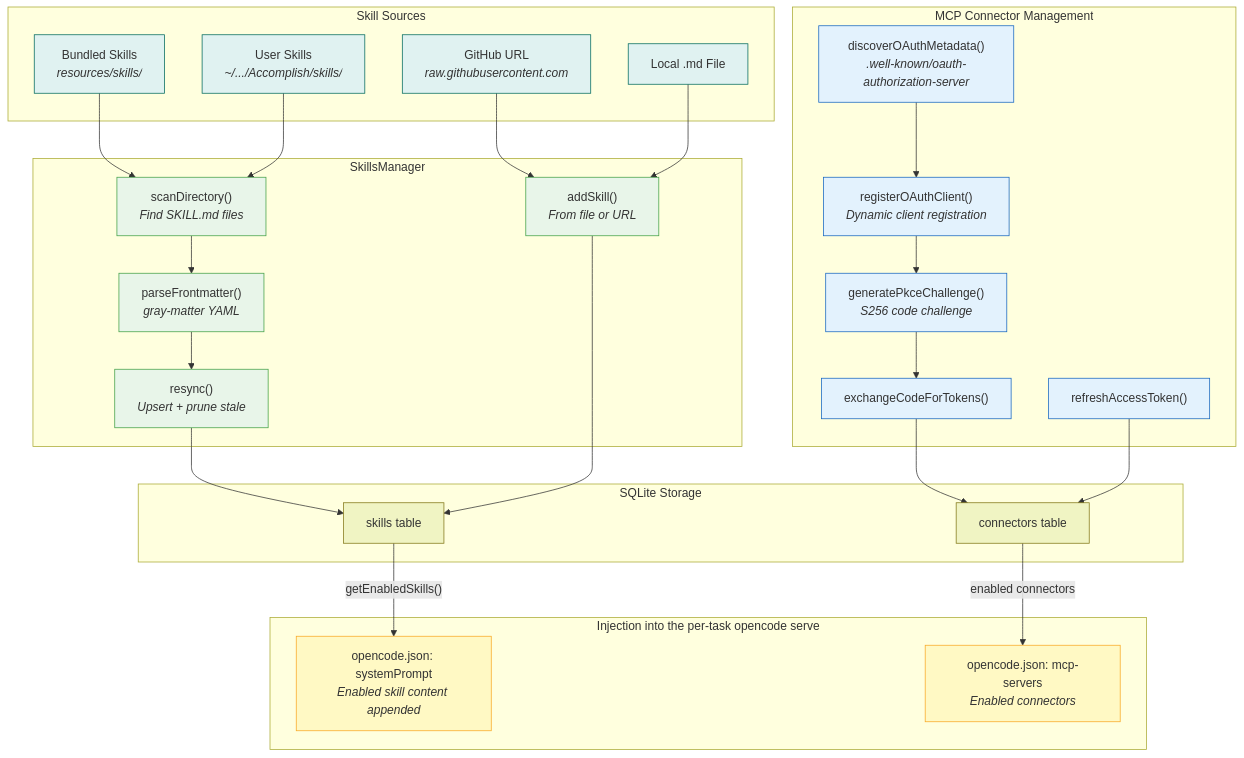
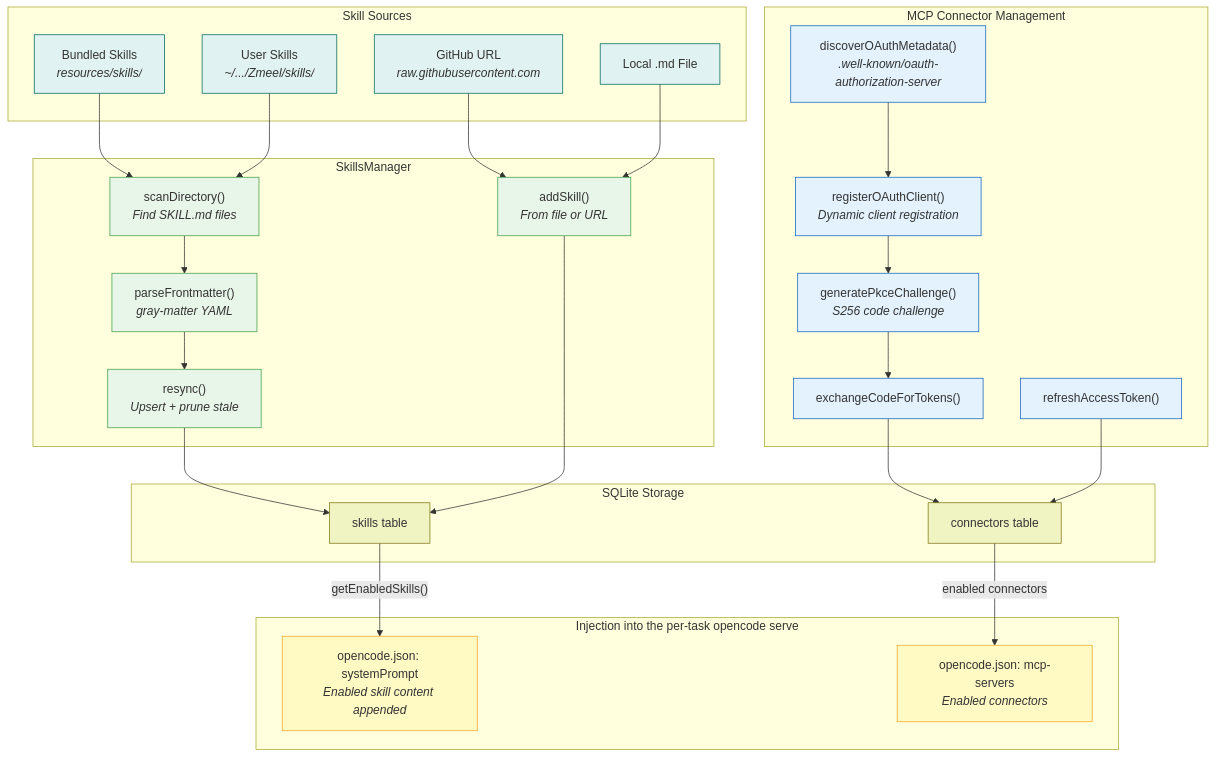
One commit to samskipsai/zmeelv60 changed the seventh of 12 diagrams in docs/functional-viewpoint.md. Above: the diagram before and after it, drawn with Mermaid. The commit also changed other lines of this file and 520 other files, not shown here.

First line of the commit message:
rebrand: Accomplish -> Zmeel Desktop

````diff
--- a/docs/functional-viewpoint.md
+++ b/docs/functional-viewpoint.md
@@ -760,64 +760,64 @@
 ```mermaid
 graph TB
   subgraph SOURCES["Skill Sources"]
     BUNDLED["Bundled Skills<br/><i>resources/skills/</i>"]
-    USER_DIR["User Skills<br/><i>~/.../Accomplish/skills/</i>"]
+    USER_DIR["User Skills<br/><i>~/.../Zmeel/skills/</i>"]
     GITHUB["GitHub URL<br/><i>raw.githubusercontent.com</i>"]
     LOCAL_FILE["Local .md File"]
   end
 
   subgraph SKILLS_MGR["SkillsManager"]
     SCAN["scanDirectory()<br/><i>Find SKILL.md files</i>"]
     PARSE["parseFrontmatter()<br/><i>gray-matter YAML</i>"]
     SYNC["resync()<br/><i>Upsert + prune stale</i>"]
     ADD["addSkill()<br/><i>From file or URL</i>"]
   end
 
   subgraph CONNECTORS["MCP Connector Management"]
     DISC["discoverOAuthMetadata()<br/><i>.well-known/oauth-authorization-server</i>"]
     REG["registerOAuthClient()<br/><i>Dynamic client registration</i>"]
     PKCE["generatePkceChallenge()<br/><i>S256 code challenge</i>"]
     TOKEN["exchangeCodeForTokens()"]
     REFRESH["refreshAccessToken()"]
   end
 
   subgraph DB["SQLite Storage"]
     SKILLS_TBL["skills table"]
     CONN_TBL["connectors table"]
   end
 
   subgraph INJECTION["Injection into the per-task opencode serve"]
     SYS_PROMPT["opencode.json: systemPrompt<br/><i>Enabled skill content appended</i>"]
     MCP_CONF["opencode.json: mcp-servers<br/><i>Enabled connectors</i>"]
   end
 
   BUNDLED --> SCAN
   USER_DIR --> SCAN
   GITHUB --> ADD
   LOCAL_FILE --> ADD
   SCAN --> PARSE
   PARSE --> SYNC
   SYNC --> SKILLS_TBL
   ADD --> SKILLS_TBL
 
   DISC --> REG
   REG --> PKCE
   PKCE --> TOKEN
   TOKEN --> CONN_TBL
   REFRESH --> CONN_TBL
 
   SKILLS_TBL -->|"getEnabledSkills()"| SYS_PROMPT
   CONN_TBL -->|"enabled connectors"| MCP_CONF
 
   classDef source fill:#e0f2f1,stroke:#00695c
   classDef mgr fill:#e8f5e9,stroke:#43a047
   classDef conn fill:#e3f2fd,stroke:#1565c0
   classDef db fill:#f0f4c3,stroke:#827717
   classDef inject fill:#fff9c4,stroke:#f9a825
 
   class BUNDLED,USER_DIR,GITHUB,LOCAL_FILE source
   class SCAN,PARSE,SYNC,ADD mgr
   class DISC,REG,PKCE,TOKEN,REFRESH conn
   class SKILLS_TBL,CONN_TBL db
   class SYS_PROMPT,MCP_CONF inject
 ```
````
